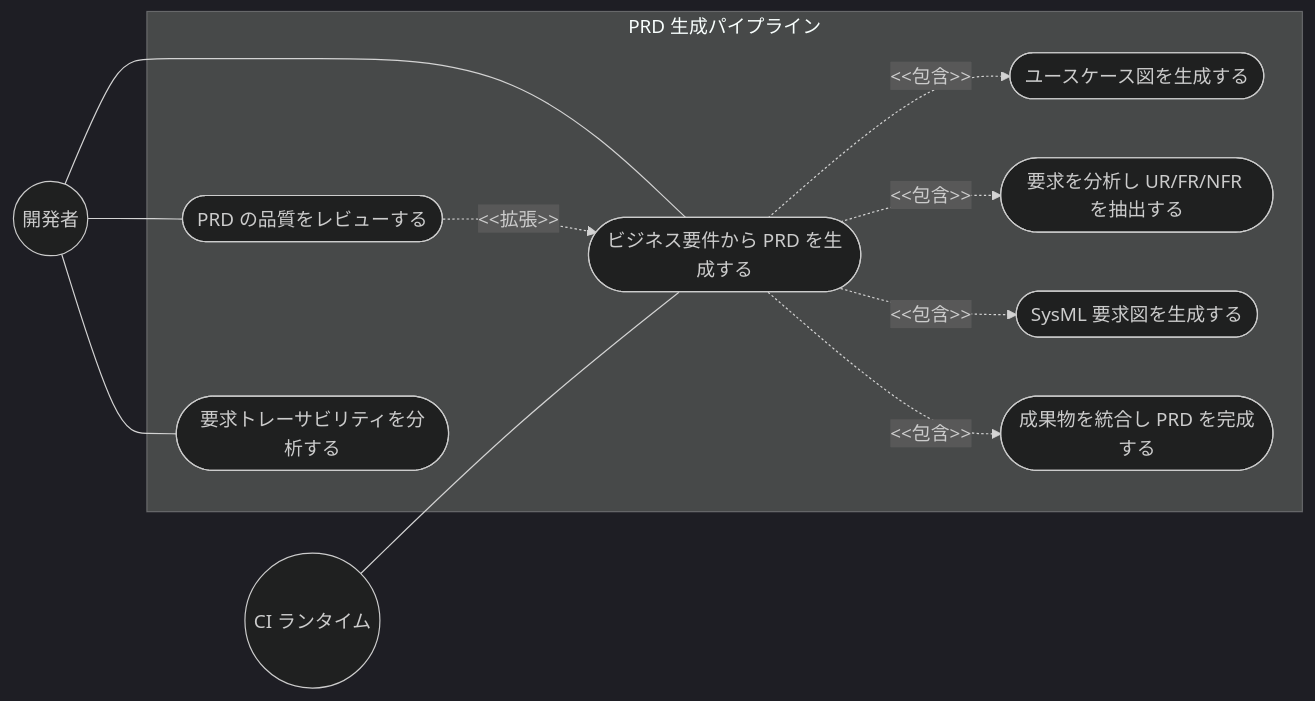
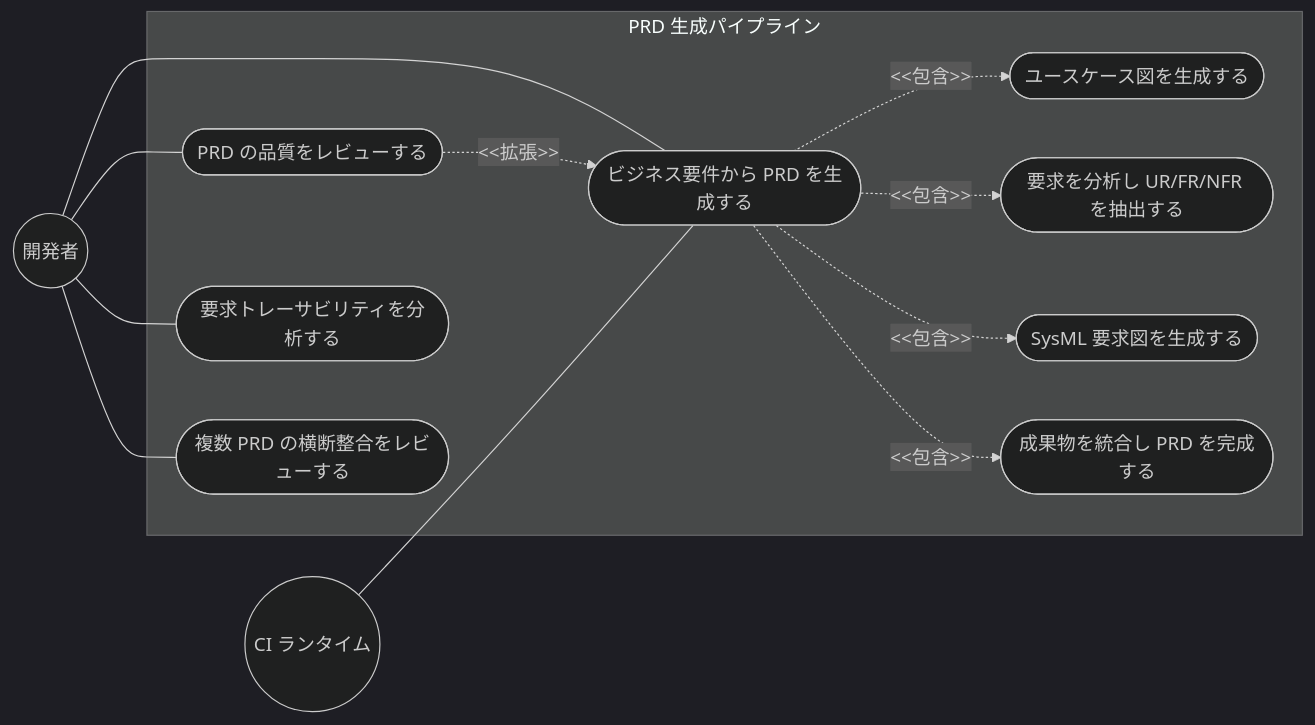
The first of 4 diagrams in .sdd/requirement/prd-generation.md (ToshikiImagawa/ai-sdd-workflow), drawn with Mermaid before and after one commit. The commit also changed other lines of this file and 9 other files, not shown here.

First line of the commit message:
[add] PRD横断整合レビューエージェント（cross-prd-reviewer）を追加

````diff
--- a/.sdd/requirement/prd-generation.md
+++ b/.sdd/requirement/prd-generation.md
@@ -50,26 +50,28 @@
 ```mermaid
 %%{init: {'theme': 'dark'}}%%
 flowchart LR
     Developer((開発者))
     CIRuntime((CI ランタイム))
 
     subgraph PrdGeneration["PRD 生成パイプライン"]
         GeneratePrd([ビジネス要件から PRD を生成する])
         GenerateUsecase([ユースケース図を生成する])
         AnalyzeReq([要求を分析し UR/FR/NFR を抽出する])
         GenerateReqDiagram([SysML 要求図を生成する])
         FinalizePrd([成果物を統合し PRD を完成する])
         ReviewPrd([PRD の品質をレビューする])
         AnalyzeTrace([要求トレーサビリティを分析する])
+        ReviewCrossPrd([複数 PRD の横断整合をレビューする])
     end
 
     Developer --- GeneratePrd
     Developer --- ReviewPrd
     Developer --- AnalyzeTrace
+    Developer --- ReviewCrossPrd
     CIRuntime --- GeneratePrd
     GeneratePrd -.->|"<<包含>>"| GenerateUsecase
     GeneratePrd -.->|"<<包含>>"| AnalyzeReq
     GeneratePrd -.->|"<<包含>>"| GenerateReqDiagram
     GeneratePrd -.->|"<<包含>>"| FinalizePrd
     ReviewPrd -.->|"<<拡張>>"| GeneratePrd
 ```
````
